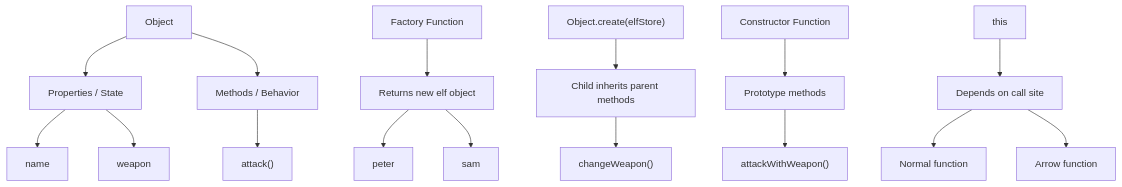
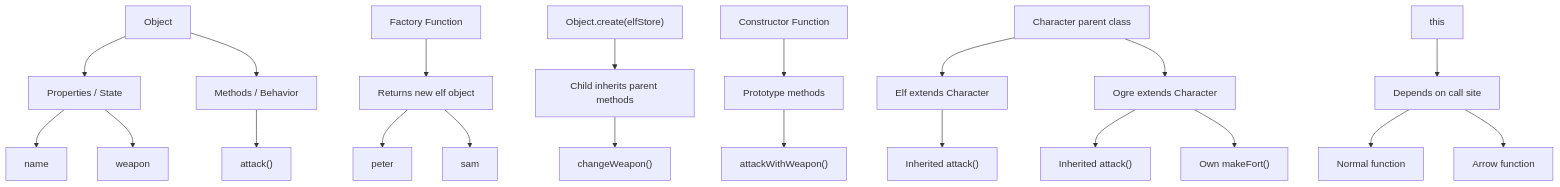
One commit to raushanapp/advance_javascript_Andre changed the diagram in oops/OOP.md. Above: the diagram before and after it, drawn with Mermaid. The commit also changed other lines of this file and 2 other files, not shown here.

Commit message:
Add class inheritance examples in app.js and enhance OOP.md with detailed explanations on `extends`, prototype chain, and instance checks

````diff
--- a/oops/OOP.md
+++ b/oops/OOP.md
@@ -452,23 +557,29 @@
 ```mermaid
 flowchart TD
     A["Object"] --> B["Properties / State"]
     A --> C["Methods / Behavior"]
 
     B --> D["name"]
     B --> E["weapon"]
     C --> F["attack()"]
 
     G["Factory Function"] --> H["Returns new elf object"]
     H --> I["peter"]
     H --> J["sam"]
 
     K["Object.create(elfStore)"] --> L["Child inherits parent methods"]
     L --> M["changeWeapon()"]
 
     N["Constructor Function"] --> O["Prototype methods"]
     O --> P["attackWithWeapon()"]
 
+    U["Character parent class"] --> V["Elf extends Character"]
+    U --> W["Ogre extends Character"]
+    V --> X["Inherited attack()"]
+    W --> Y["Inherited attack()"]
+    W --> Z["Own makeFort()"]
+
     Q["this"] --> R["Depends on call site"]
     R --> S["Normal function"]
     R --> T["Arrow function"]
 ```
````
